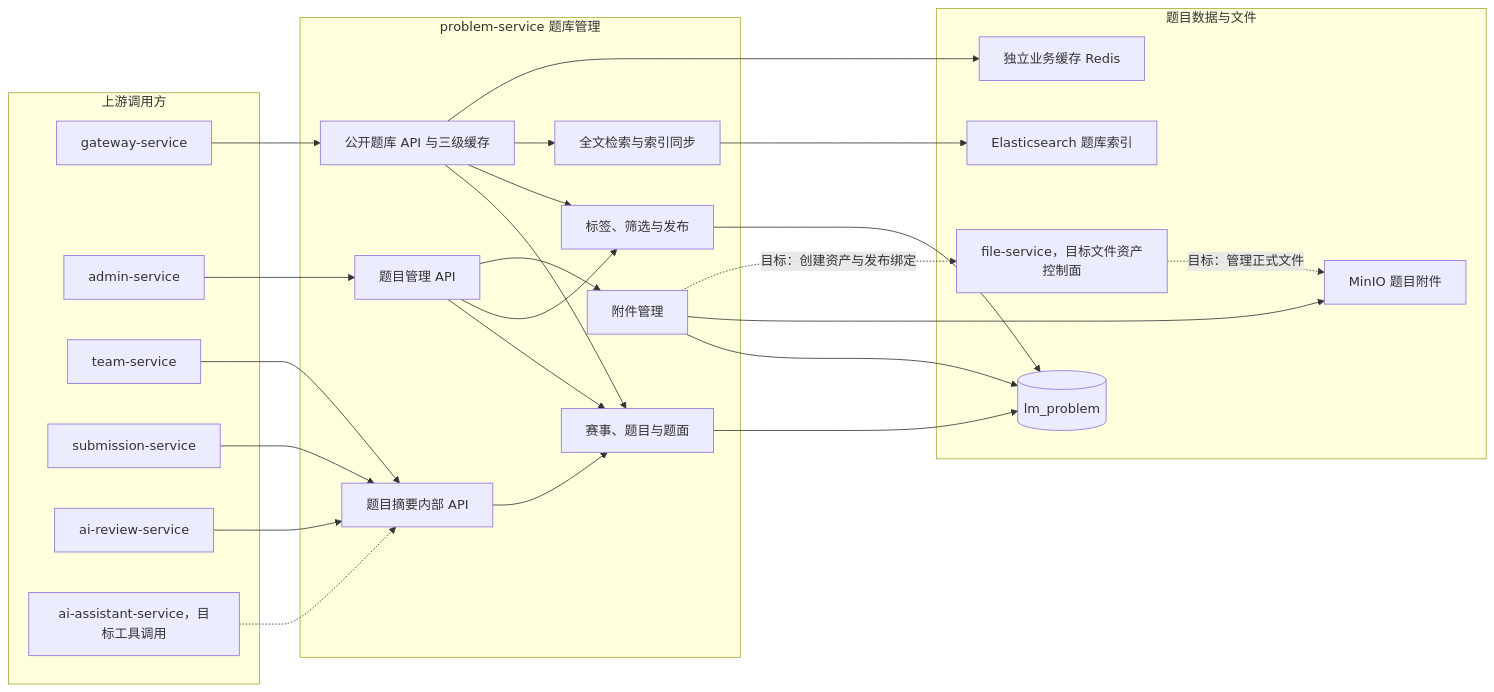
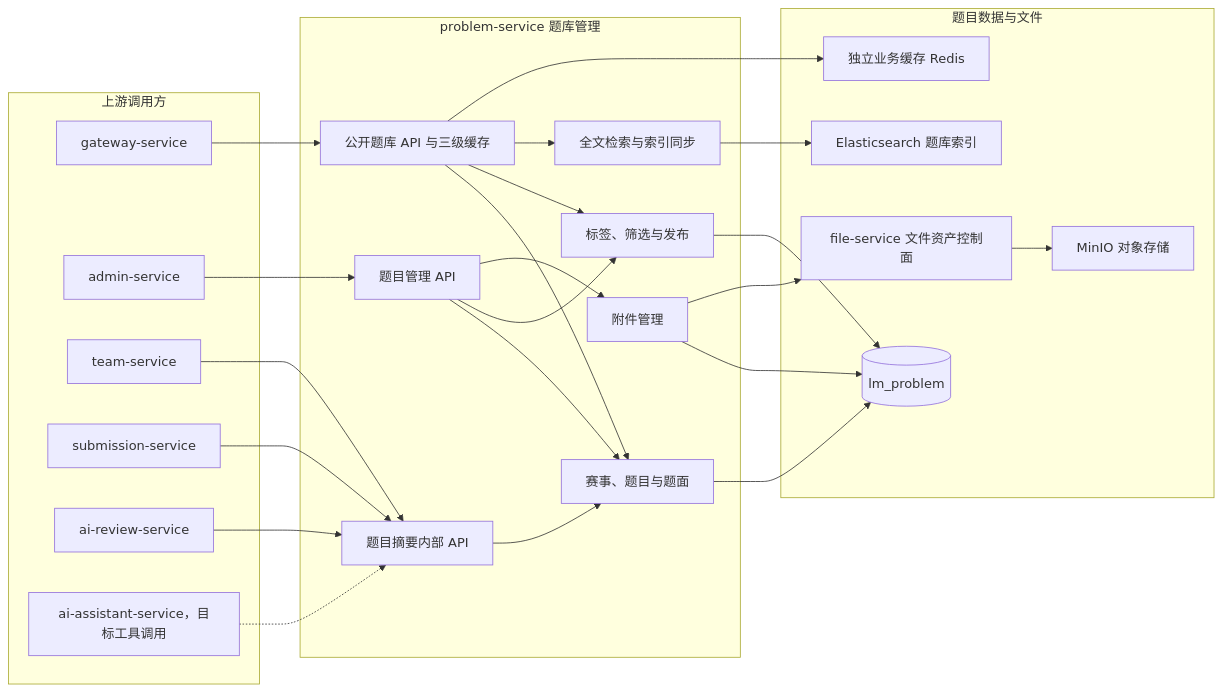
The diagram in docs/project/03-微服务设计/problem-service/README.md (Dorian7Alden/LeetModel), drawn with Mermaid before and after one commit. The commit also changed other lines of this file and 8 other files, not shown here.

````diff
--- a/docs/project/03-微服务设计/problem-service/README.md
+++ b/docs/project/03-微服务设计/problem-service/README.md
@@ -13,52 +13,51 @@
 ```mermaid
 flowchart LR
     subgraph callers["上游调用方"]
         apiGateway["gateway-service"]
         adminService["admin-service"]
         teamService["team-service"]
         submissionService["submission-service"]
         reviewService["ai-review-service"]
         assistantService["ai-assistant-service，目标工具调用"]
     end
 
     subgraph problem["problem-service 题库管理"]
         publicApi["公开题库 API 与三级缓存"]
         manageApi["题目管理 API"]
         internalApi["题目摘要内部 API"]
         contestProblem["赛事、题目与题面"]
         tagPublish["标签、筛选与发布"]
         attachment["附件管理"]
         fullTextSearch["全文检索与索引同步"]
 
         publicApi --> contestProblem
         publicApi --> tagPublish
         publicApi --> fullTextSearch
         manageApi --> contestProblem
         manageApi --> tagPublish
         manageApi --> attachment
         internalApi --> contestProblem
     end
 
     subgraph data["题目数据与文件"]
         problemDatabase[(lm_problem)]
         searchIndex["Elasticsearch 题库索引"]
-        minio["MinIO 题目附件"]
-        fileService["file-service，目标文件资产控制面"]
+        minio["MinIO 对象存储"]
+        fileService["file-service 文件资产控制面"]
         cacheRedis["独立业务缓存 Redis"]
     end
 
     apiGateway --> publicApi
     adminService --> manageApi
     teamService --> internalApi
     submissionService --> internalApi
     reviewService --> internalApi
     assistantService -.-> internalApi
     contestProblem --> problemDatabase
     tagPublish --> problemDatabase
     attachment --> problemDatabase
-    attachment --> minio
-    attachment -. "目标：创建资产与发布绑定" .-> fileService
-    fileService -. "目标：管理正式文件" .-> minio
+    attachment --> fileService
+    fileService --> minio
     publicApi --> cacheRedis
     fullTextSearch --> searchIndex
 ```
````
